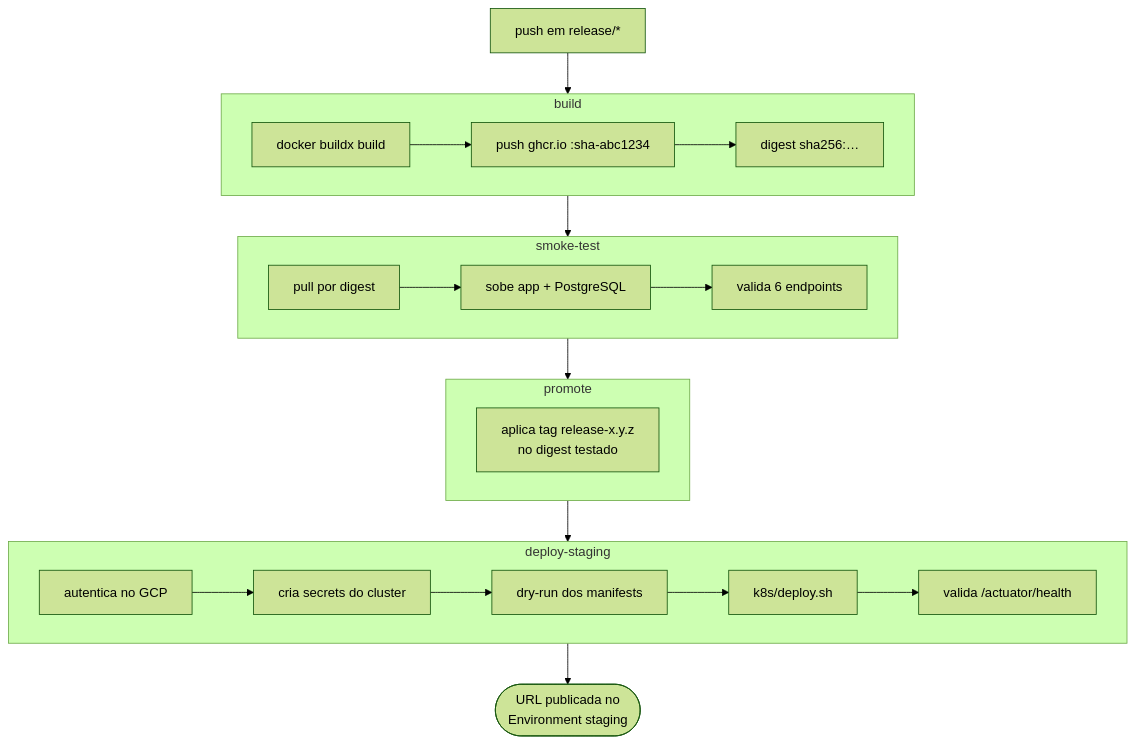
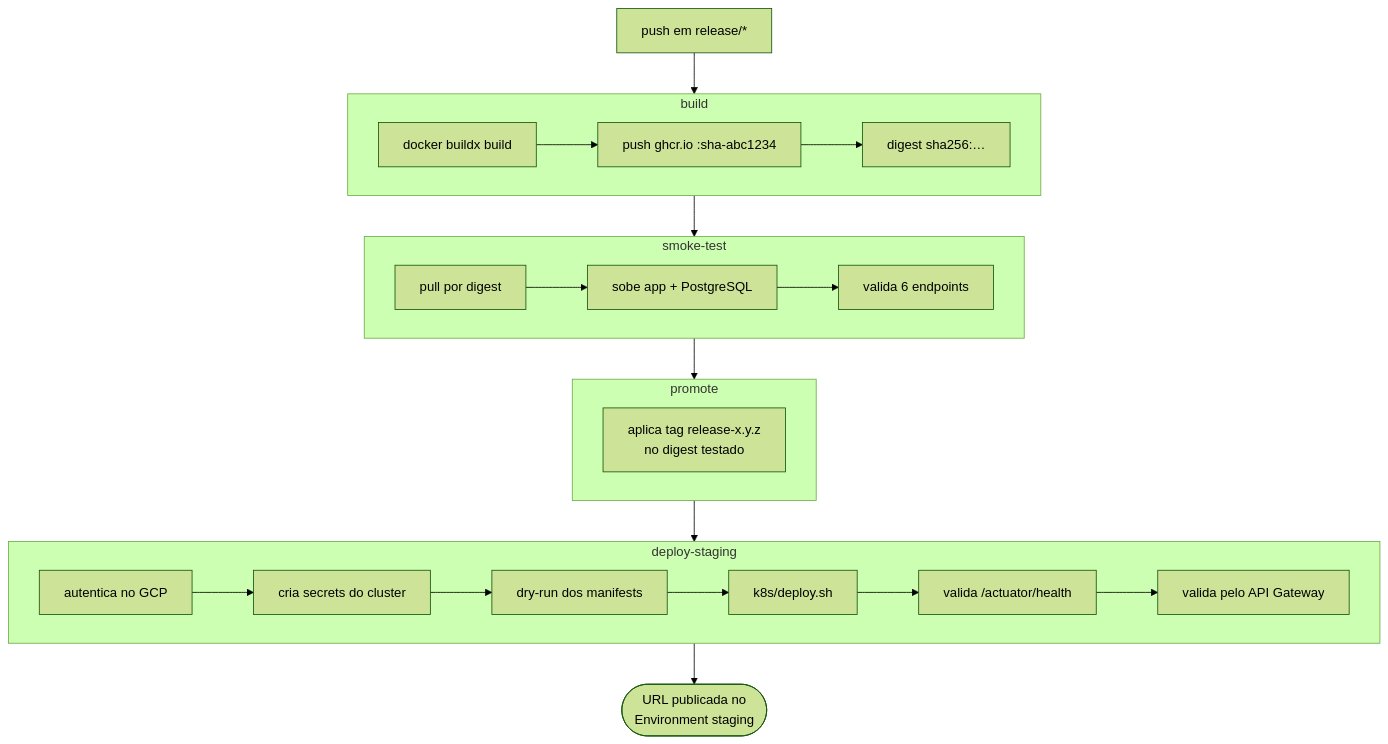
The diagram in docs/cd.md (iuriian/tech-challenge-app), drawn with Mermaid (forest theme) before and after one commit. The commit also changed other lines of this file and 8 other files, not shown here.

Commit message:
feat(cd): Reserved LoadBalancer IP and smoke test through the API Gateway

````diff
--- a/docs/cd.md
+++ b/docs/cd.md
@@ -43,28 +43,28 @@
 ```mermaid
 flowchart TD
     P["push em release/*"] --> B
 
     subgraph B["build"]
         B1["docker buildx build"] --> B2["push ghcr.io :sha-abc1234"] --> B3["digest sha256:…"]
     end
 
     B --> S
 
     subgraph S["smoke-test"]
         S1["pull por digest"] --> S2["sobe app + PostgreSQL"] --> S3["valida 6 endpoints"]
     end
 
     S --> R
 
     subgraph R["promote"]
         R1["aplica tag release-x.y.z<br/>no digest testado"]
     end
 
     R --> D
 
     subgraph D["deploy-staging"]
-        D1["autentica no GCP"] --> D2["cria secrets do cluster"] --> D3["dry-run dos manifests"] --> D4["k8s/deploy.sh"] --> D5["valida /actuator/health"]
+        D1["autentica no GCP"] --> D2["cria secrets do cluster"] --> D3["dry-run dos manifests"] --> D4["k8s/deploy.sh"] --> D5["valida /actuator/health"] --> D6["valida pelo API Gateway"]
     end
 
     D --> U(["URL publicada no<br/>Environment staging"])
 ```
````
